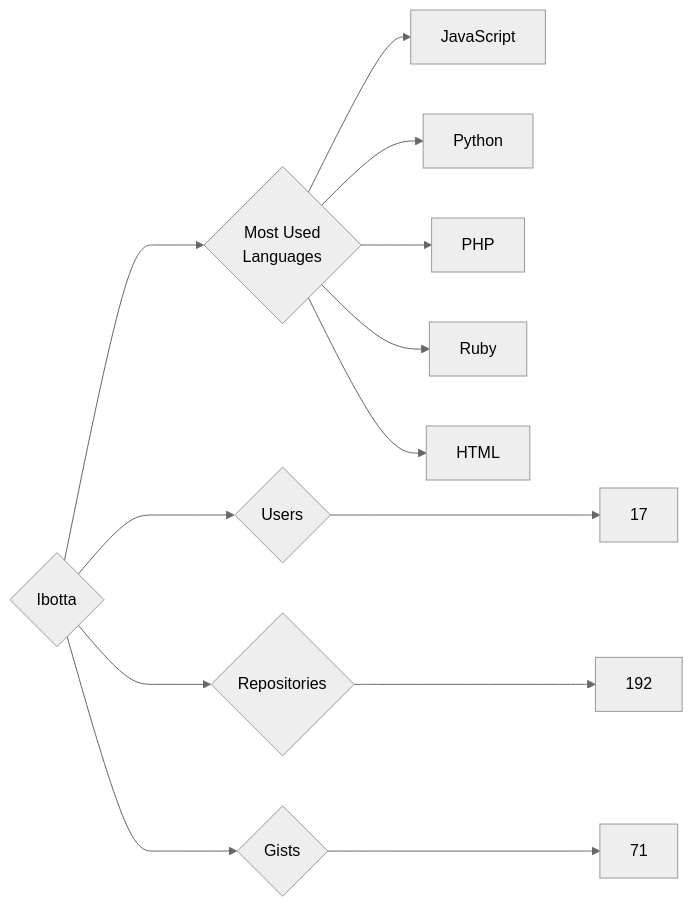
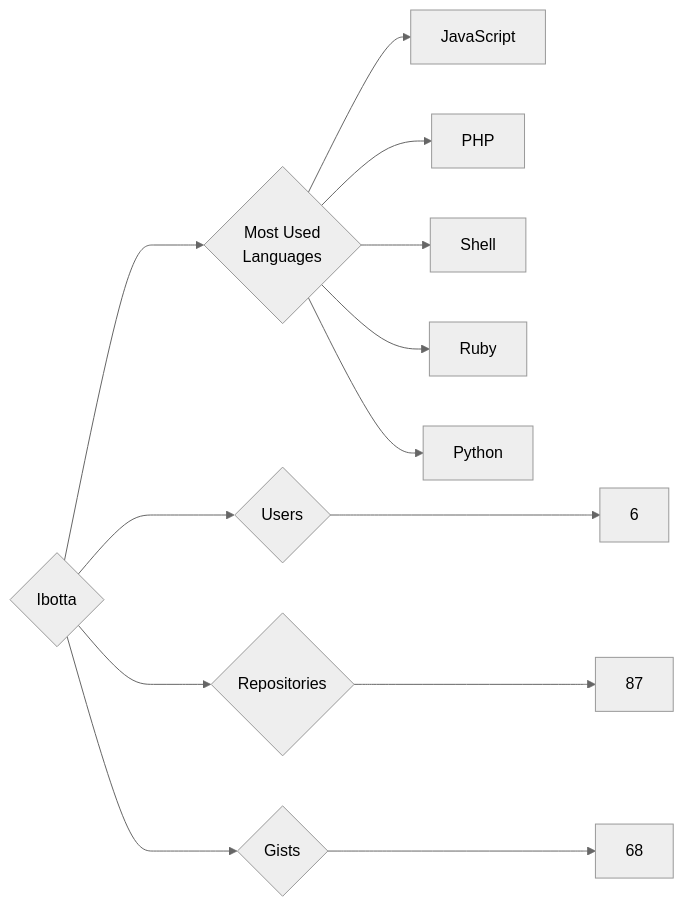
One commit to trickest/insiders changed the diagram in targets/Ibotta/README.md. Above: the diagram before and after it, drawn with Mermaid (neutral theme). The commit also changed 688 other files, not shown here.

````diff
--- a/targets/Ibotta/README.md
+++ b/targets/Ibotta/README.md
@@ -3,13 +3,13 @@
 ```mermaid
 graph LR
 COMPANY_NAME{Ibotta}
-COMPANY_NAME ---> U{Users} ---> UN[17]
-COMPANY_NAME ---> R{Repositories} ---> RN[192]
-COMPANY_NAME ---> G{Gists} ---> GN[71]
+COMPANY_NAME ---> U{Users} ---> UN[6]
+COMPANY_NAME ---> R{Repositories} ---> RN[87]
+COMPANY_NAME ---> G{Gists} ---> GN[68]
 COMPANY_NAME ---> ML{Most Used<br>Languages}
 ML --> JavaScript[JavaScript]
+ML --> PHP[PHP]
+ML --> Shell[Shell]
+ML --> Ruby[Ruby]
 ML --> Python[Python]
-ML --> PHP[PHP]
-ML --> Ruby[Ruby]
-ML --> HTML[HTML]
 ```
````
